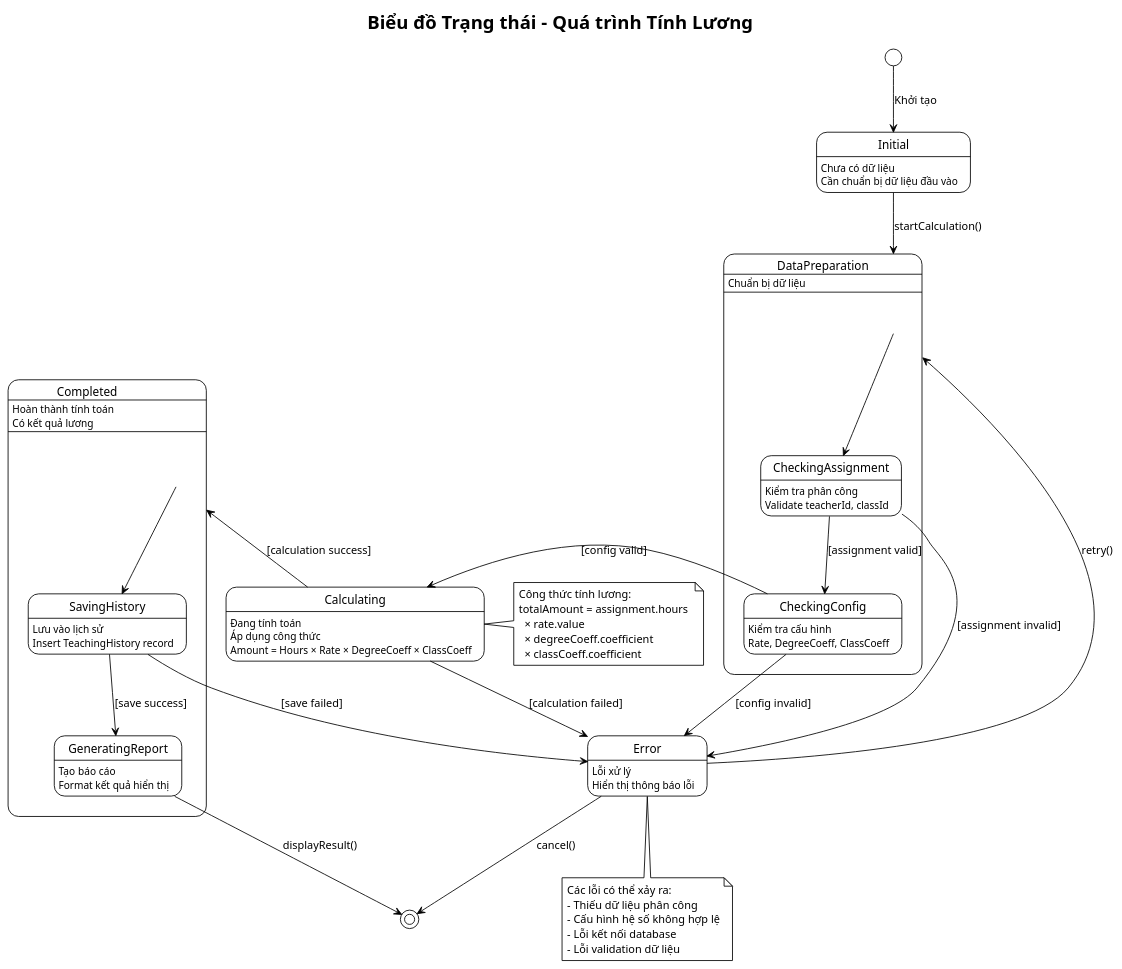
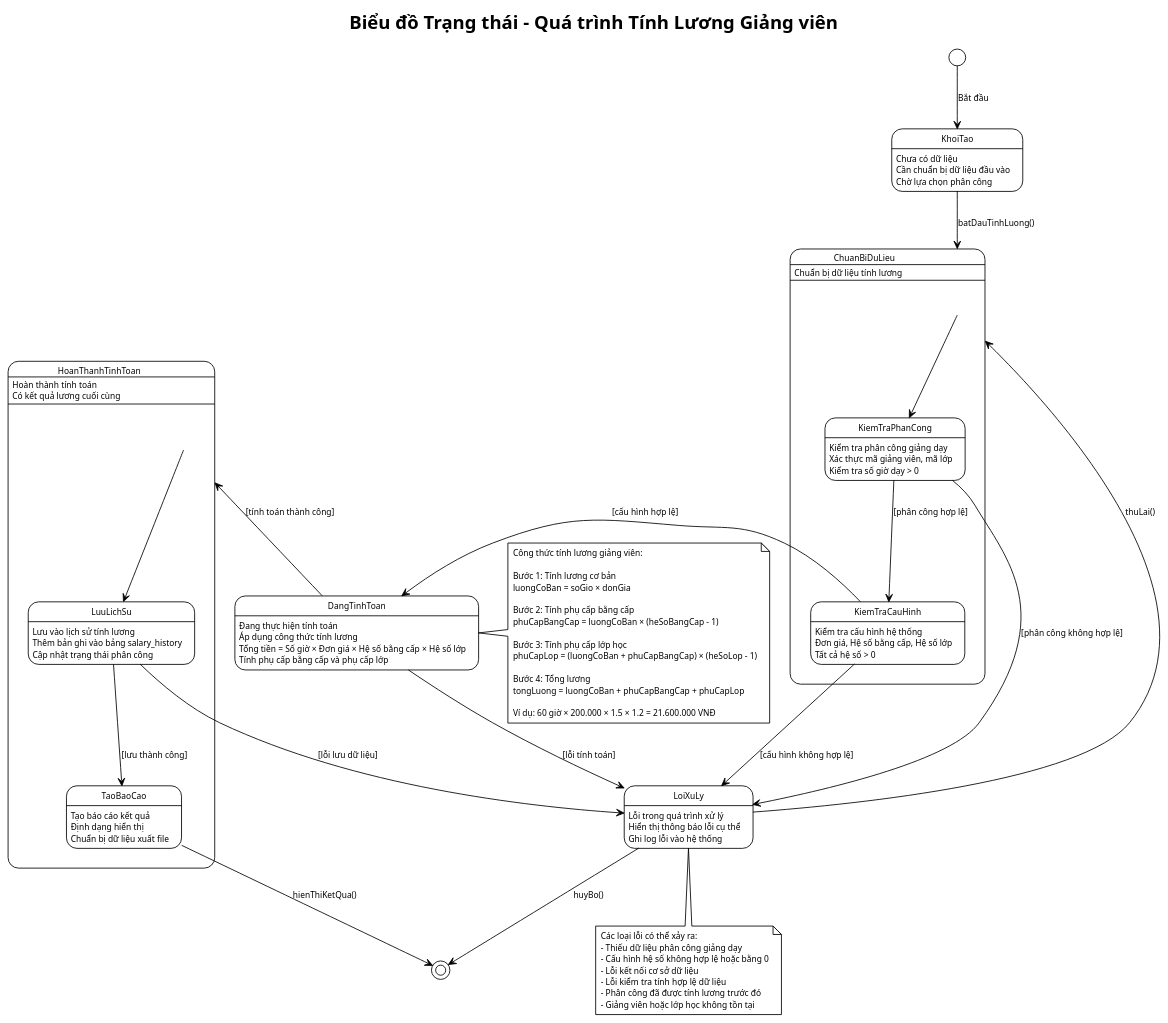
Before and after one commit to koangwithluv/PTTKPM25-26_ClassN05_Nhom3: the diagram in Documents/draw/state_diagram_salary.puml, drawn with PlantUML. The commit also changed 13 other files, not shown here.

Commit message:
thêm biểu đồ gói; sửa ngôn ngữ biểu đồ trình tự, trạng thái

```diff
--- a/Documents/draw/state_diagram_salary.puml
+++ b/Documents/draw/state_diagram_salary.puml
@@ -1,87 +1,109 @@
 @startuml State_Diagram_Salary_Calculation
 !theme plain
 
-title Biểu đồ Trạng thái - Quá trình Tính Lương
+skinparam defaultFontName "Arial Unicode MS"
+skinparam defaultFontSize 10
 
-[*] --> Initial : Khởi tạo
+title Biểu đồ Trạng thái - Quá trình Tính Lương Giảng viên
 
-state Initial {
-  Initial : Chưa có dữ liệu
-  Initial : Cần chuẩn bị dữ liệu đầu vào
+[*] --> KhoiTao : Bắt đầu
+
+state KhoiTao {
+  KhoiTao : Chưa có dữ liệu
+  KhoiTao : Cần chuẩn bị dữ liệu đầu vào
+  KhoiTao : Chờ lựa chọn phân công
 }
 
-state DataPreparation {
-  DataPreparation : Chuẩn bị dữ liệu
+state ChuanBiDuLieu {
+  ChuanBiDuLieu : Chuẩn bị dữ liệu tính lương
   
-  state CheckingAssignment {
-    CheckingAssignment : Kiểm tra phân công
-    CheckingAssignment : Validate teacherId, classId
+  state KiemTraPhanCong {
+    KiemTraPhanCong : Kiểm tra phân công giảng dạy
+    KiemTraPhanCong : Xác thực mã giảng viên, mã lớp
+    KiemTraPhanCong : Kiểm tra số giờ dạy > 0
   }
   
-  state CheckingConfig {
-    CheckingConfig : Kiểm tra cấu hình
-    CheckingConfig : Rate, DegreeCoeff, ClassCoeff
+  state KiemTraCauHinh {
+    KiemTraCauHinh : Kiểm tra cấu hình hệ thống
+    KiemTraCauHinh : Đơn giá, Hệ số bằng cấp, Hệ số lớp
+    KiemTraCauHinh : Tất cả hệ số > 0
   }
 }
 
-state Calculating {
-  Calculating : Đang tính toán
-  Calculating : Áp dụng công thức
-  Calculating : Amount = Hours × Rate × DegreeCoeff × ClassCoeff
+state DangTinhToan {
+  DangTinhToan : Đang thực hiện tính toán
+  DangTinhToan : Áp dụng công thức tính lương
+  DangTinhToan : Tổng tiền = Số giờ × Đơn giá × Hệ số bằng cấp × Hệ số lớp
+  DangTinhToan : Tính phụ cấp bằng cấp và phụ cấp lớp
 }
 
-state Completed {
-  Completed : Hoàn thành tính toán
-  Completed : Có kết quả lương
+state HoanThanhTinhToan {
+  HoanThanhTinhToan : Hoàn thành tính toán
+  HoanThanhTinhToan : Có kết quả lương cuối cùng
   
-  state SavingHistory {
-    SavingHistory : Lưu vào lịch sử
-    SavingHistory : Insert TeachingHistory record
+  state LuuLichSu {
+    LuuLichSu : Lưu vào lịch sử tính lương
+    LuuLichSu : Thêm bản ghi vào bảng salary_history
+    LuuLichSu : Cập nhật trạng thái phân công
   }
   
-  state GeneratingReport {
-    GeneratingReport : Tạo báo cáo
-    GeneratingReport : Format kết quả hiển thị
+  state TaoBaoCao {
+    TaoBaoCao : Tạo báo cáo kết quả
+    TaoBaoCao : Định dạng hiển thị
+    TaoBaoCao : Chuẩn bị dữ liệu xuất file
   }
 }
 
-state Error {
-  Error : Lỗi xử lý
-  Error : Hiển thị thông báo lỗi
+state LoiXuLy {
+  LoiXuLy : Lỗi trong quá trình xử lý
+  LoiXuLy : Hiển thị thông báo lỗi cụ thể
+  LoiXuLy : Ghi log lỗi vào hệ thống
 }
 
-Initial --> DataPreparation : startCalculation()
-DataPreparation --> CheckingAssignment
-CheckingAssignment --> CheckingConfig : [assignment valid]
-CheckingAssignment --> Error : [assignment invalid]
-CheckingConfig --> Calculating : [config valid]
-CheckingConfig --> Error : [config invalid]
+KhoiTao --> ChuanBiDuLieu : batDauTinhLuong()
+ChuanBiDuLieu --> KiemTraPhanCong
+KiemTraPhanCong --> KiemTraCauHinh : [phân công hợp lệ]
+KiemTraPhanCong --> LoiXuLy : [phân công không hợp lệ]
+KiemTraCauHinh --> DangTinhToan : [cấu hình hợp lệ]
+KiemTraCauHinh --> LoiXuLy : [cấu hình không hợp lệ]
 
-Calculating --> Completed : [calculation success]
-Calculating --> Error : [calculation failed]
+DangTinhToan --> HoanThanhTinhToan : [tính toán thành công]
+DangTinhToan --> LoiXuLy : [lỗi tính toán]
 
-Completed --> SavingHistory
-SavingHistory --> GeneratingReport : [save success]
-SavingHistory --> Error : [save failed]
-GeneratingReport --> [*] : displayResult()
+HoanThanhTinhToan --> LuuLichSu
+LuuLichSu --> TaoBaoCao : [lưu thành công]
+LuuLichSu --> LoiXuLy : [lỗi lưu dữ liệu]
+TaoBaoCao --> [*] : hienThiKetQua()
 
-Error --> DataPreparation : retry()
-Error --> [*] : cancel()
+LoiXuLy --> ChuanBiDuLieu : thuLai()
+LoiXuLy --> [*] : huyBo()
 
-note right of Calculating
-  Công thức tính lương:
-  totalAmount = assignment.hours 
-    × rate.value 
-    × degreeCoeff.coefficient 
-    × classCoeff.coefficient
+note right of DangTinhToan
+  Công thức tính lương giảng viên:
+  
+  Bước 1: Tính lương cơ bản
+  luongCoBan = soGio × donGia
+  
+  Bước 2: Tính phụ cấp bằng cấp  
+  phuCapBangCap = luongCoBan × (heSoBangCap - 1)
+  
+  Bước 3: Tính phụ cấp lớp học
+  phuCapLop = (luongCoBan + phuCapBangCap) × (heSoLop - 1)
+  
+  Bước 4: Tổng lương
+  tongLuong = luongCoBan + phuCapBangCap + phuCapLop
+  
+  Ví dụ: 60 giờ × 200.000 × 1.5 × 1.2 = 21.600.000 VNĐ
 end note
 
-note bottom of Error
-  Các lỗi có thể xảy ra:
-  - Thiếu dữ liệu phân công
-  - Cấu hình hệ số không hợp lệ
-  - Lỗi kết nối database
-  - Lỗi validation dữ liệu
+note bottom of LoiXuLy
+  Các loại lỗi có thể xảy ra:
+  - Thiếu dữ liệu phân công giảng dạy
+  - Cấu hình hệ số không hợp lệ hoặc bằng 0
+  - Lỗi kết nối cơ sở dữ liệu
+  - Lỗi kiểm tra tính hợp lệ dữ liệu
+  - Phân công đã được tính lương trước đó
+  - Giảng viên hoặc lớp học không tồn tại
 end note
 
 @enduml
```
